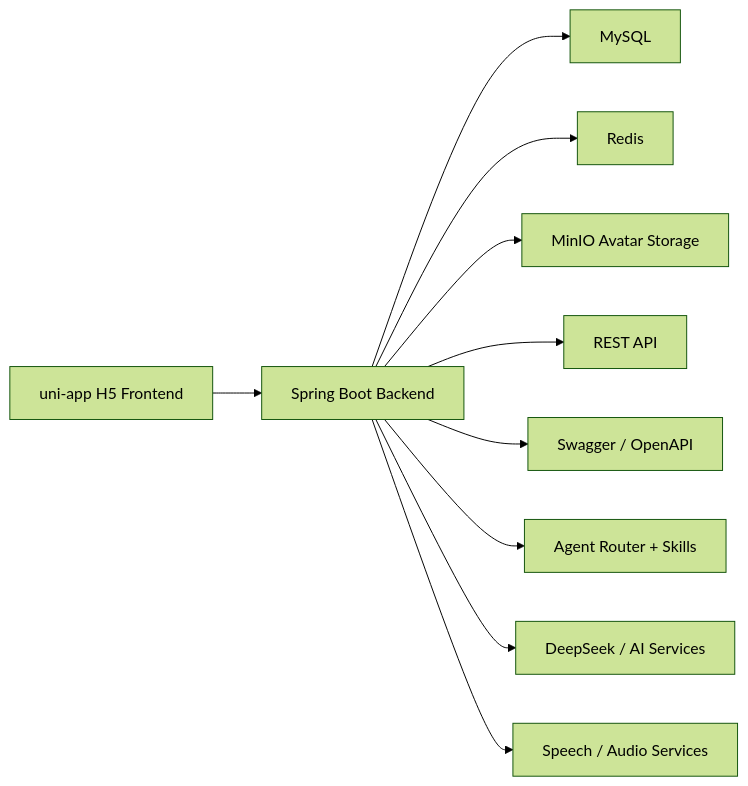
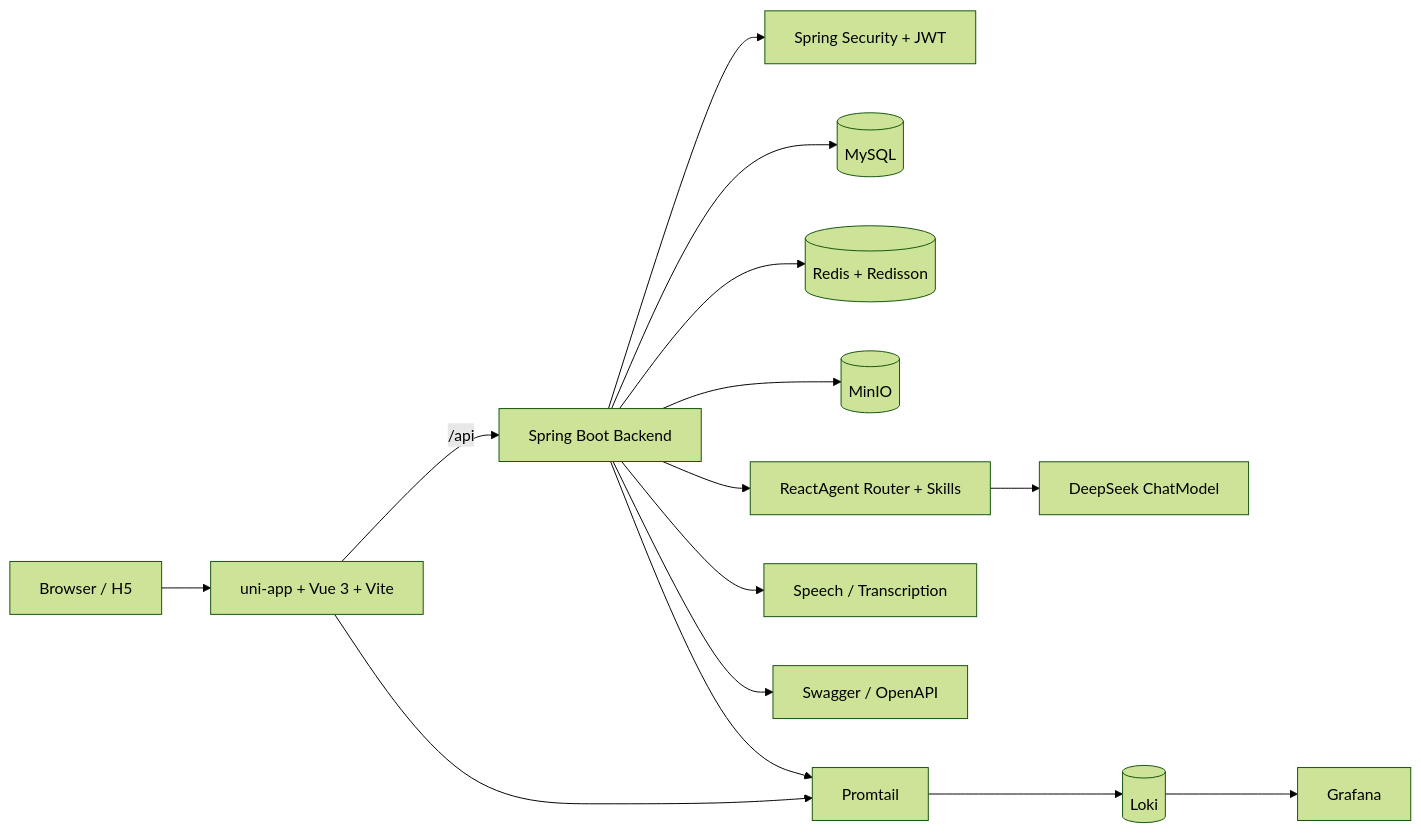
Before and after one commit to MenXiaoHuan/interview_agent: the first of 2 diagrams in README.md, drawn with Mermaid (forest theme). The commit also changed other lines of this file and 1 other file, not shown here.

````diff
--- a/README.md
+++ b/README.md
@@ -53,12 +33,17 @@
 ```mermaid
 flowchart LR
-    A[uni-app H5 Frontend] --> B[Spring Boot Backend]
-    B --> C[MySQL]
-    B --> D[Redis]
-    B --> E[MinIO Avatar Storage]
-    B --> F[REST API]
-    B --> G[Swagger / OpenAPI]
-    B --> H[Agent Router + Skills]
-    B --> I[DeepSeek / AI Services]
-    B --> J[Speech / Audio Services]
+    User[Browser / H5] --> Web[uni-app + Vue 3 + Vite]
+    Web -->|/api| Server[Spring Boot Backend]
+    Server --> Security[Spring Security + JWT]
+    Server --> MySQL[(MySQL)]
+    Server --> Redis[(Redis + Redisson)]
+    Server --> MinIO[(MinIO)]
+    Server --> Agent[ReactAgent Router + Skills]
+    Agent --> DeepSeek[DeepSeek ChatModel]
+    Server --> Speech[Speech / Transcription]
+    Server --> OpenAPI[Swagger / OpenAPI]
+    Promtail[Promtail] --> Loki[(Loki)]
+    Server --> Promtail
+    Web --> Promtail
+    Loki --> Grafana[Grafana]
 ```
````
